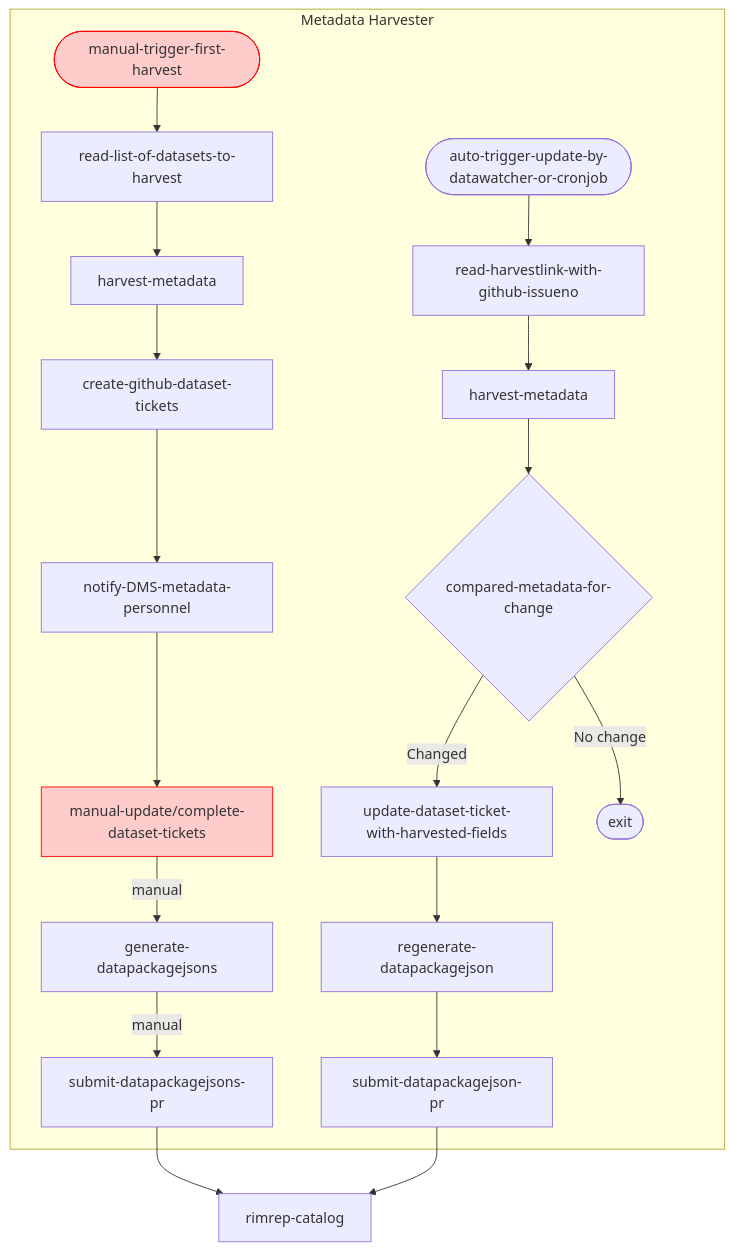
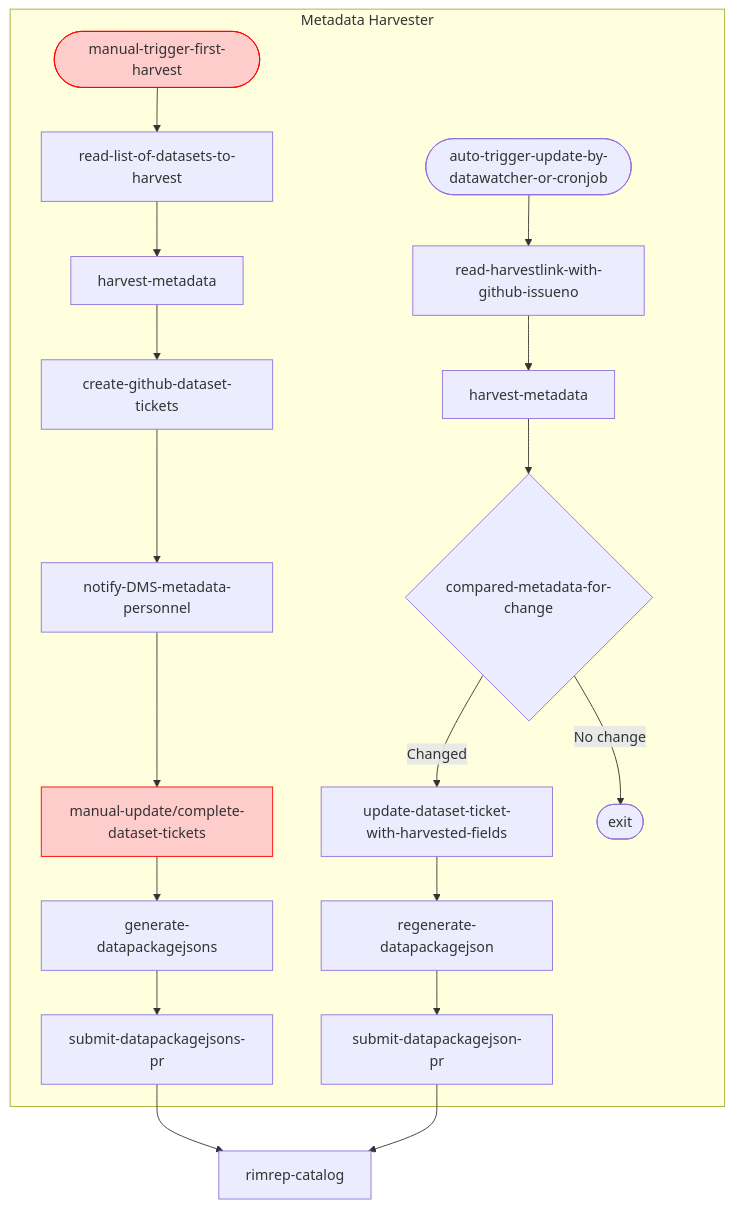
Before and after one commit to gbr-dms/rimrep-documentation: the fourth of 4 diagrams in docs/architecture/components/metadata-system.md, drawn with Mermaid. The commit also changed other lines of this file, not shown here.

Commit message:
Fix a few small issues with metadata documentation

````diff
--- a/docs/architecture/components/metadata-system.md
+++ b/docs/architecture/components/metadata-system.md
@@ -223,46 +223,46 @@
 ```mermaid
 flowchart TD
   classDef red fill:#ffcccc,stroke:#ff0000;
   classDef green fill:#bbf7d0,stroke:#16a34a;
 
     rimrep_catalog[rimrep-catalog] 
 
     subgraph metadata_harvester["Metadata Harvester"]
         harvest_metadata_create[harvest-metadata]
         harvest_metadata_update[harvest-metadata]
         read_data_to_create[read-list-of-datasets-to-harvest]
         create_github_ticket[create-github-dataset-tickets]
         read_data_to_update[read-harvestlink-with-github-issueno]
         compare_metadata{compared-metadata-for-change}
         regenerate_datapackagejson[regenerate-datapackagejson]
         submit_pr_auto[submit-datapackagejson-pr]
         update_dataset_ticket[update-dataset-ticket-with-harvested-fields]
         notify_stakeholders[notify-DMS-metadata-personnel]
         generate_datapackagejson[generate-datapackagejsons]
         human_intervention[manual-update/complete-dataset-tickets]:::red
         submit_pr_manual[submit-datapackagejsons-pr]
         trigger_manual([manual-trigger-first-harvest]):::red
         trigger_auto([auto-trigger-update-by-datawatcher-or-cronjob])
 
         trigger_manual --> read_data_to_create
         trigger_auto --> read_data_to_update
         read_data_to_create --> harvest_metadata_create
         read_data_to_update --> harvest_metadata_update
         harvest_metadata_update --> compare_metadata
         compare_metadata --> |Changed| update_dataset_ticket
         compare_metadata --> |No change| exit([exit])
         update_dataset_ticket --> regenerate_datapackagejson
         regenerate_datapackagejson --> submit_pr_auto
         harvest_metadata_create --> create_github_ticket
         create_github_ticket --> notify_stakeholders
         notify_stakeholders --> human_intervention
-        human_intervention --> |manual|generate_datapackagejson
-        generate_datapackagejson --> |manual|submit_pr_manual
+        human_intervention --> generate_datapackagejson
+        generate_datapackagejson --> submit_pr_manual
 
     end
     
     submit_pr_manual --> rimrep_catalog
     submit_pr_auto --> rimrep_catalog
     
     
 ```
````
